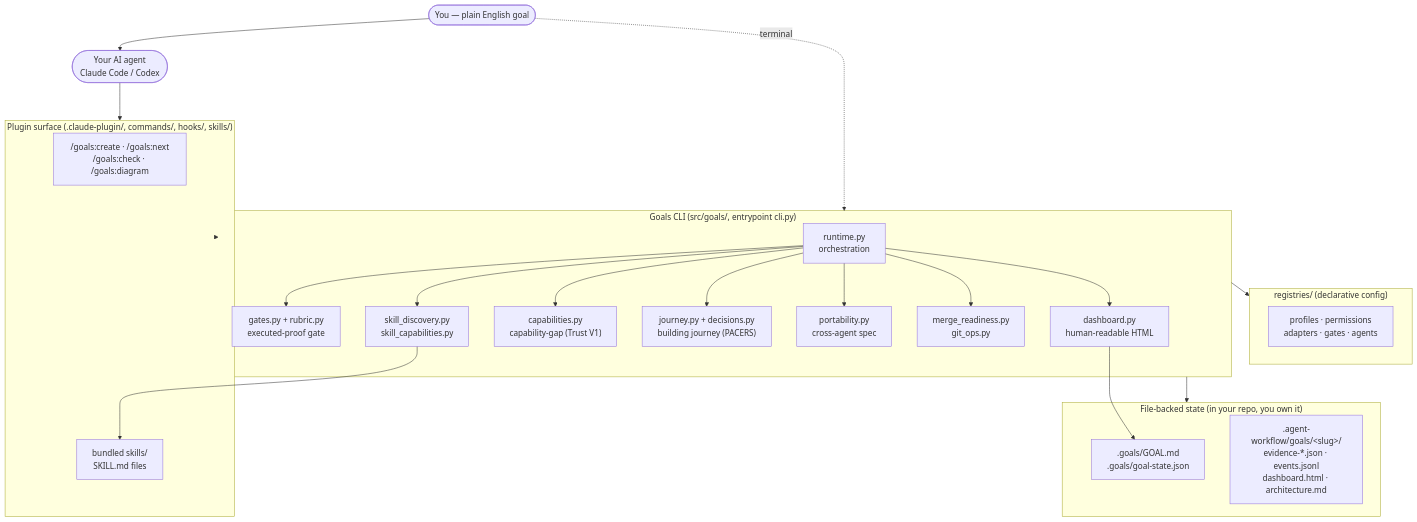
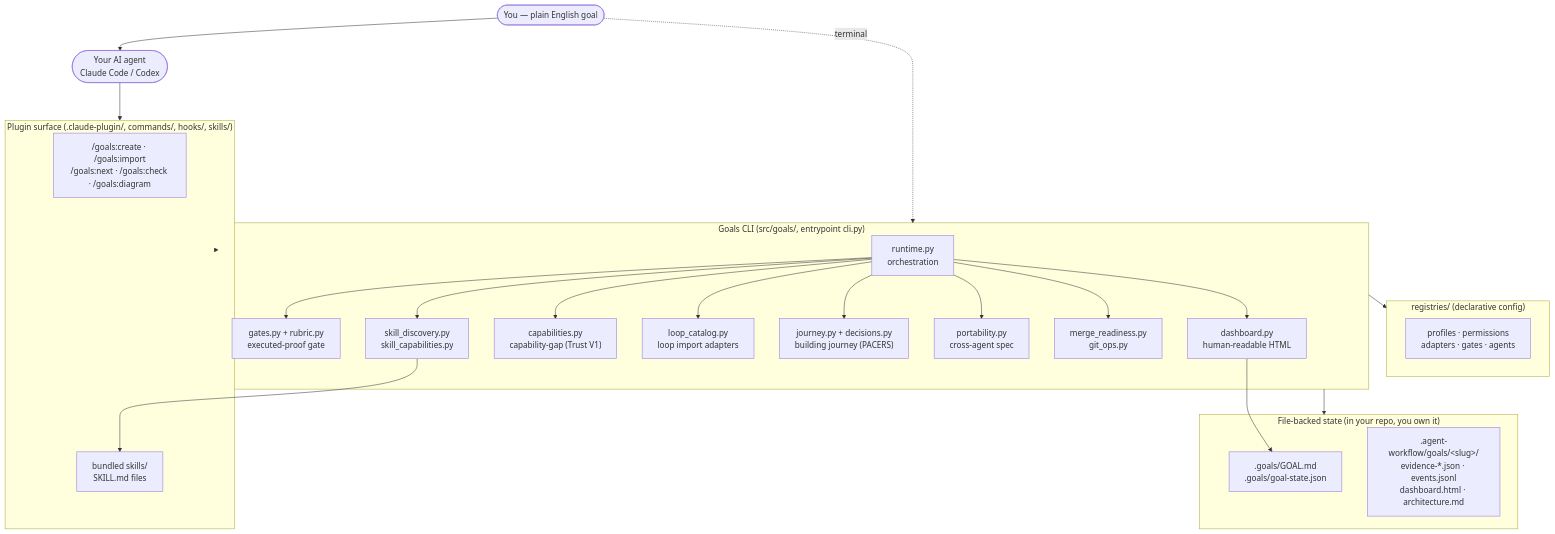
Before and after one commit to ShivamGupta42/goals: the first of 4 diagrams in docs/marketing-refresh/02-architecture-diagrams.md, drawn with Mermaid. The commit also changed 23 other files, not shown here.

````diff
--- a/docs/marketing-refresh/02-architecture-diagrams.md
+++ b/docs/marketing-refresh/02-architecture-diagrams.md
@@ -18,38 +18,39 @@
 ```mermaid
 flowchart TB
     user([You — plain English goal])
     agent([Your AI agent<br/>Claude Code / Codex])
 
     subgraph plugin["Plugin surface (.claude-plugin/, commands/, hooks/, skills/)"]
-        cmds["/goals:create · /goals:next<br>/goals:check · /goals:diagram"]
+        cmds["/goals:create · /goals:import<br>/goals:next · /goals:check · /goals:diagram"]
         sk["bundled skills/<br>SKILL.md files"]
     end
 
     subgraph cli["Goals CLI (src/goals/, entrypoint cli.py)"]
         runtime["runtime.py<br/>orchestration"]
         gates["gates.py + rubric.py<br/>executed-proof gate"]
         skill["skill_discovery.py<br/>skill_capabilities.py"]
         cap["capabilities.py<br/>capability-gap (Trust V1)"]
+        loopimport["loop_catalog.py<br/>loop import adapters"]
         journey["journey.py + decisions.py<br/>building journey (PACERS)"]
         port["portability.py<br/>cross-agent spec"]
         merge["merge_readiness.py<br/>git_ops.py"]
         dash["dashboard.py<br/>human-readable HTML"]
     end
 
     subgraph state["File-backed state (in your repo, you own it)"]
         goalstate[".goals/GOAL.md<br/>.goals/goal-state.json"]
         wf[".agent-workflow/goals/&lt;slug&gt;/<br/>evidence-*.json · events.jsonl<br/>dashboard.html · architecture.md"]
     end
 
     subgraph reg["registries/ (declarative config)"]
         regfiles["profiles · permissions<br/>adapters · gates · agents"]
     end
 
     user --> agent --> plugin --> cli
     user -.terminal.-> cli
     cli --> state
     cli --> reg
     skill --> sk
     dash --> goalstate
-    runtime --> gates & skill & cap & journey & port & merge & dash
+    runtime --> gates & skill & cap & loopimport & journey & port & merge & dash
 ```
````
